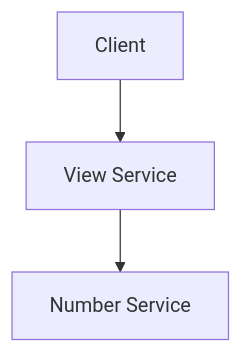
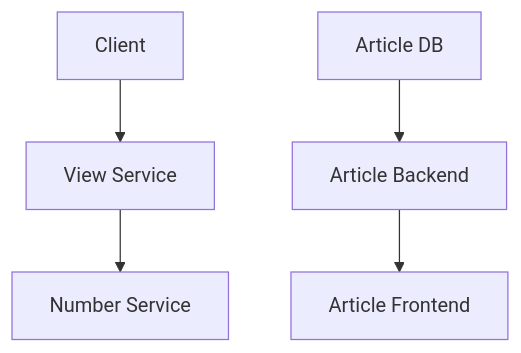
One commit to leonsteinhaeuser/example-app changed the diagram in README.md. Above: the diagram before and after it, drawn with Mermaid.

Commit message:
docs: update mermaid

````diff
--- a/README.md
+++ b/README.md
@@ -5,5 +5,8 @@
 ```mermaid
 graph TD
   A[Client] --> B[View Service]
   B --> C[Number Service]
+
+  D[Article DB] --> E[Article Backend]
+  E --> F[Article Frontend]
 ```
````
